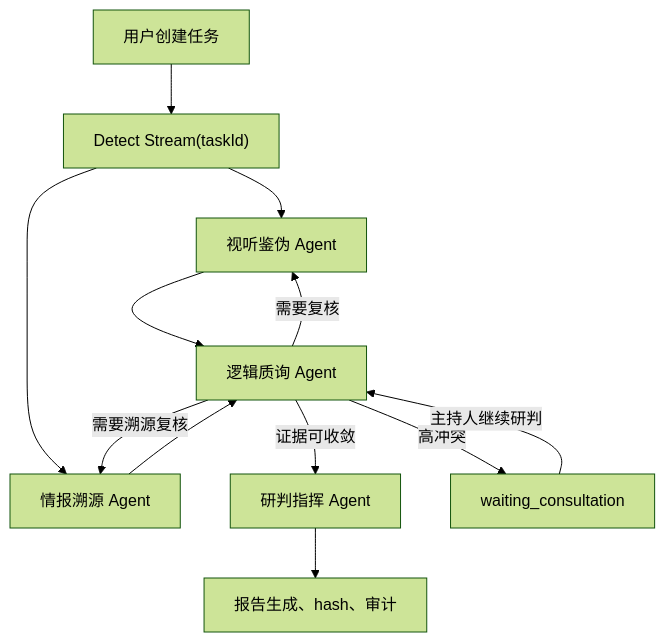
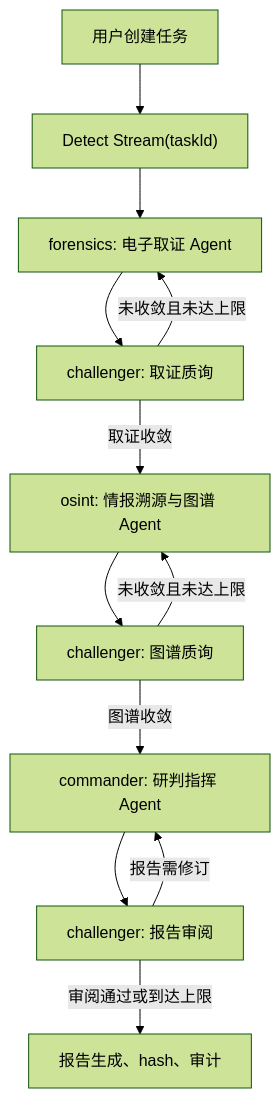
Before and after one commit to re-gion/TruthSeeker: the diagram in docs/APP_FLOW.md, drawn with Mermaid (forest theme). The commit also changed other lines of this file and 40 other files, not shown here.

````diff
--- a/docs/APP_FLOW.md
+++ b/docs/APP_FLOW.md
@@ -40,14 +40,14 @@
 ```mermaid
 flowchart TD
   U["用户创建任务"] --> S["Detect Stream(taskId)"]
-  S --> F["视听鉴伪 Agent"]
-  S --> O["情报溯源 Agent"]
-  F --> C["逻辑质询 Agent"]
-  O --> C
-  C -->|证据可收敛| M["研判指挥 Agent"]
-  C -->|需要复核| F
-  C -->|需要溯源复核| O
-  C -->|高冲突| W["waiting_consultation"]
-  W -->|主持人继续研判| C
-  M --> R["报告生成、hash、审计"]
+  S --> F["forensics: 电子取证 Agent"]
+  F --> C1["challenger: 取证质询"]
+  C1 -->|未收敛且未达上限| F
+  C1 -->|取证收敛| O["osint: 情报溯源与图谱 Agent"]
+  O --> C2["challenger: 图谱质询"]
+  C2 -->|未收敛且未达上限| O
+  C2 -->|图谱收敛| M["commander: 研判指挥 Agent"]
+  M --> C3["challenger: 报告审阅"]
+  C3 -->|报告需修订| M
+  C3 -->|审阅通过或到达上限| R["报告生成、hash、审计"]
 ```
````
